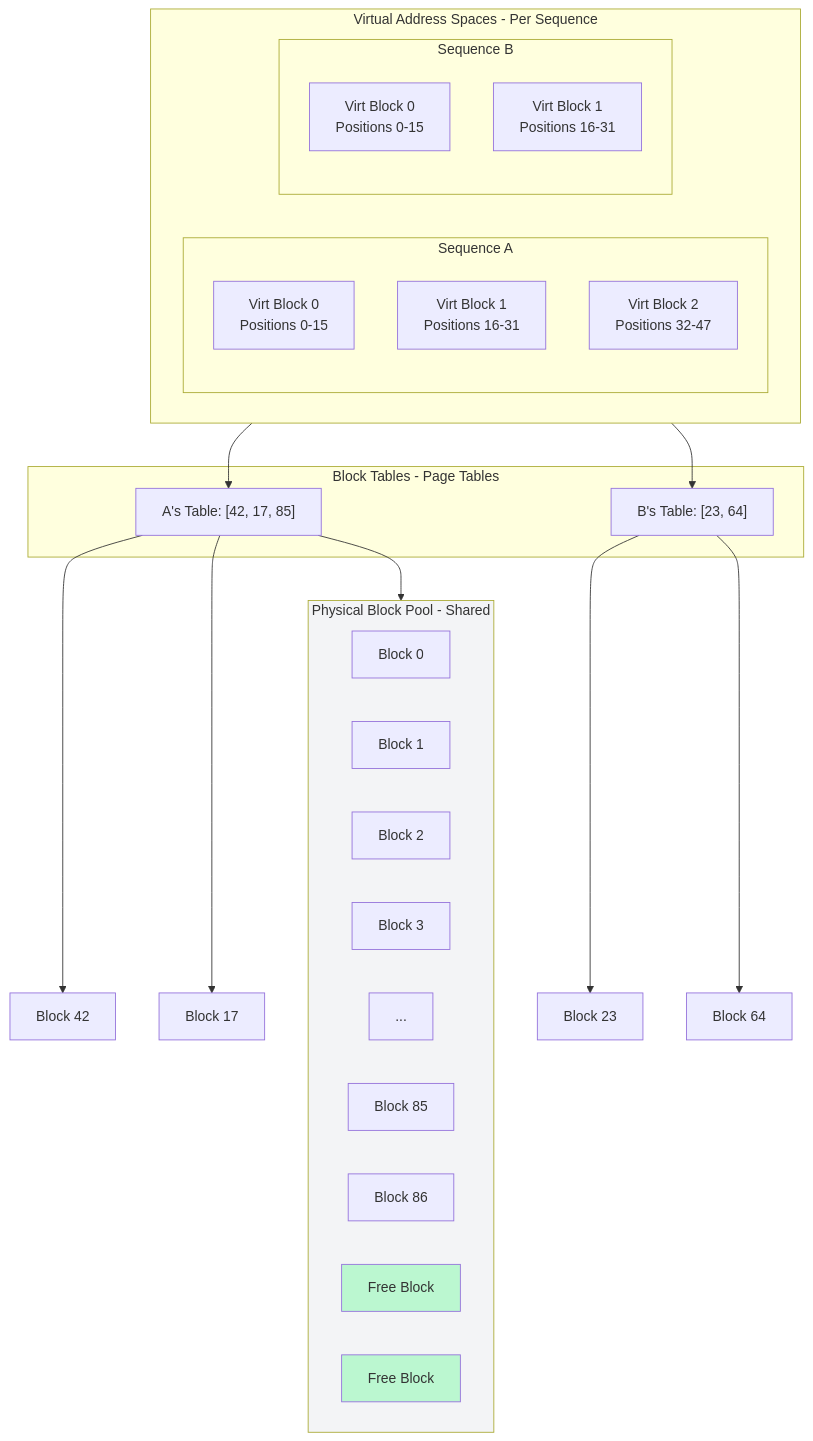
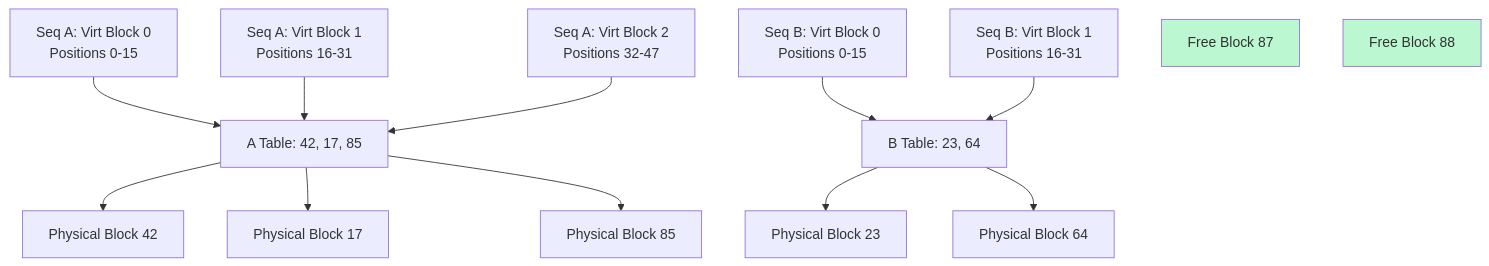
One commit to Shahriarin2garden/vllm_from_scratch changed the fifth of 9 diagrams in lab0.3/README.md. Above: the diagram before and after it, drawn with Mermaid. The commit also changed other lines of this file and 3 other files, not shown here.

````diff
--- a/lab0.3/README.md
+++ b/lab0.3/README.md
@@ -315,48 +321,35 @@
 ```mermaid
 graph TB
-    subgraph VirtualSpace[Virtual Address Spaces - Per Sequence]
-        direction LR
-        subgraph SeqA[Sequence A]
-            VA1[Virt Block 0<br/>Positions 0-15]
-            VA2[Virt Block 1<br/>Positions 16-31]
-            VA3[Virt Block 2<br/>Positions 32-47]
-        end
-
-        subgraph SeqB[Sequence B]
-            VB1[Virt Block 0<br/>Positions 0-15]
-            VB2[Virt Block 1<br/>Positions 16-31]
-        end
-    end
-
-    subgraph PageTables[Block Tables - Page Tables]
-        PT1["A's Table: [42, 17, 85]"]
-        PT2["B's Table: [23, 64]"]
-    end
-
-    subgraph PhysicalMemory[Physical Block Pool - Shared]
-        direction LR
-        P0[Block 0]
-        P1[Block 1]
-        P2[Block 2]
-        P3[Block 3]
-        P4[...]
-        P85[Block 85]
-        P86[Block 86]
-        P87[Free Block]
-        P88[Free Block]
-    end
-
-    SeqA --> PT1
-    SeqB --> PT2
-
-    PT1 --> P42[Block 42]
-    PT1 --> P17[Block 17]
+    VA1[Seq A: Virt Block 0<br/>Positions 0-15]
+    VA2[Seq A: Virt Block 1<br/>Positions 16-31]
+    VA3[Seq A: Virt Block 2<br/>Positions 32-47]
+    
+    VB1[Seq B: Virt Block 0<br/>Positions 0-15]
+    VB2[Seq B: Virt Block 1<br/>Positions 16-31]
+    
+    PT1[A Table: 42, 17, 85]
+    PT2[B Table: 23, 64]
+    
+    P42[Physical Block 42]
+    P17[Physical Block 17]
+    P85[Physical Block 85]
+    P23[Physical Block 23]
+    P64[Physical Block 64]
+    P87[Free Block 87]
+    P88[Free Block 88]
+    
+    VA1 --> PT1
+    VA2 --> PT1
+    VA3 --> PT1
+    VB1 --> PT2
+    VB2 --> PT2
+    
+    PT1 --> P42
+    PT1 --> P17
     PT1 --> P85
-    PT2 --> P23[Block 23]
-    PT2 --> P64[Block 64]
-
-    style PhysicalMemory fill:#f3f4f6
+    PT2 --> P23
+    PT2 --> P64
+    
     style P87 fill:#bbf7d0
     style P88 fill:#bbf7d0
-
 ```
````
